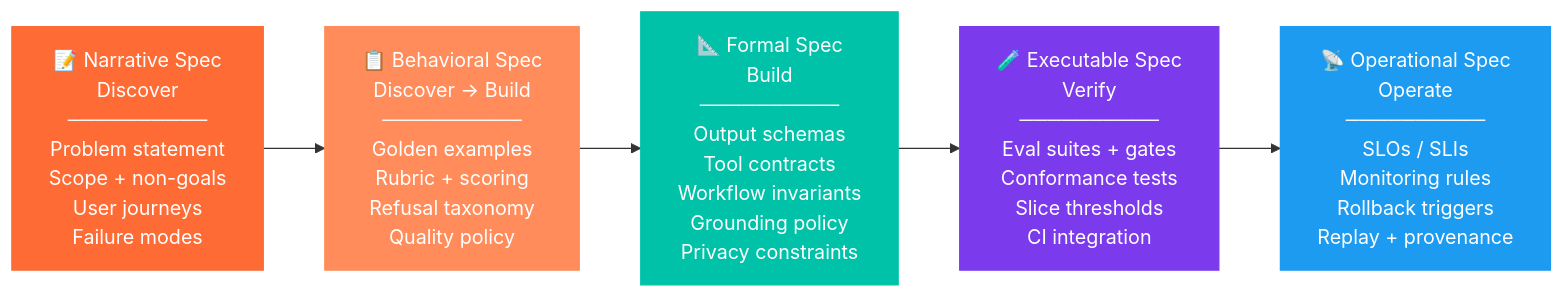
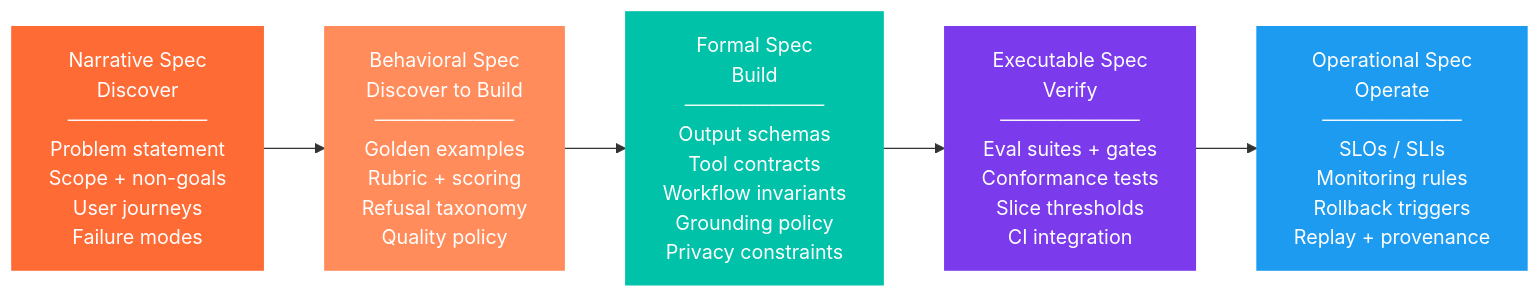
Before and after one commit to nicolad/vadim.blog: the seventh of 10 diagrams in blog/2026/02-18-ai-sdlc-meta-approaches/index.md, drawn with Mermaid. The commit also changed other lines of this file, not shown here.

````diff
--- a/blog/2026/02-18-ai-sdlc-meta-approaches/index.md
+++ b/blog/2026/02-18-ai-sdlc-meta-approaches/index.md
@@ -341,13 +574,13 @@
 ```mermaid
 graph LR
-    S1["📝 Narrative Spec\nDiscover\n──────────\nProblem statement\nScope + non-goals\nUser journeys\nFailure modes"] --> S2["📋 Behavioral Spec\nDiscover → Build\n──────────\nGolden examples\nRubric + scoring\nRefusal taxonomy\nQuality policy"]
-    S2 --> S3["📐 Formal Spec\nBuild\n──────────\nOutput schemas\nTool contracts\nWorkflow invariants\nGrounding policy\nPrivacy constraints"]
-    S3 --> S4["🧪 Executable Spec\nVerify\n──────────\nEval suites + gates\nConformance tests\nSlice thresholds\nCI integration"]
-    S4 --> S5["📡 Operational Spec\nOperate\n──────────\nSLOs / SLIs\nMonitoring rules\nRollback triggers\nReplay + provenance"]
+    S1["Narrative Spec\nDiscover\n──────────\nProblem statement\nScope + non-goals\nUser journeys\nFailure modes"] --> S2["Behavioral Spec\nDiscover to Build\n──────────\nGolden examples\nRubric + scoring\nRefusal taxonomy\nQuality policy"]
+    S2 --> S3["Formal Spec\nBuild\n──────────\nOutput schemas\nTool contracts\nWorkflow invariants\nGrounding policy\nPrivacy constraints"]
+    S3 --> S4["Executable Spec\nVerify\n──────────\nEval suites + gates\nConformance tests\nSlice thresholds\nCI integration"]
+    S4 --> S5["Operational Spec\nOperate\n──────────\nSLOs / SLIs\nMonitoring rules\nRollback triggers\nReplay + provenance"]
 
     style S1 fill:#ff6b35,stroke:#ff6b35,color:#fff
     style S2 fill:#ff8c5a,stroke:#ff8c5a,color:#fff
     style S3 fill:#00c2a8,stroke:#00c2a8,color:#fff
     style S4 fill:#7c3aed,stroke:#7c3aed,color:#fff
     style S5 fill:#1d9bf0,stroke:#1d9bf0,color:#fff
 ```
````
